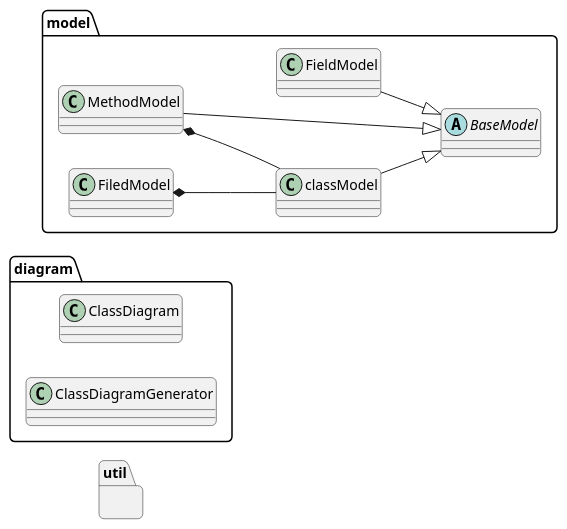
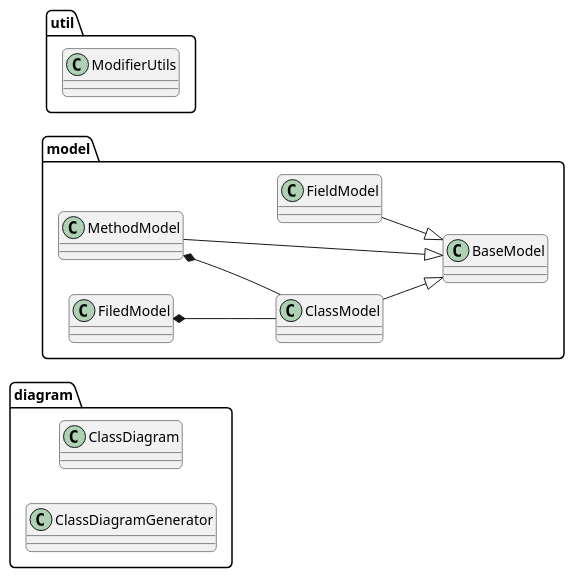
One commit to anApalpitate/SoftwareDesign changed the diagram in docs/类设计.plantUML. Above: the diagram before and after it, drawn with PlantUML. The commit also changed 14 other files, not shown here.

```diff
--- a/docs/类设计.plantUML
+++ b/docs/类设计.plantUML
@@ -1,28 +1,29 @@
 @startuml 类设计
 skinparam roundCorner 10
 left to right direction
 
 package diagram{  
     class ClassDiagram{}
     class ClassDiagramGenerator{}
 }
 
 package model{ /'数据模型包:存储读入的数据'/
     /'感觉可以塞一个简单工厂在这里'/
-    abstract class BaseModel{}
-    class classModel{}  /'类模型'/
+    class BaseModel{} 
+    class ClassModel{}  /'类模型'/
     class FieldModel{}  /'类属性模型'/
     class MethodModel{}  /'类方法模型'/
 
-    classModel --|> BaseModel
+    ClassModel --|> BaseModel
     FieldModel --|> BaseModel
     MethodModel --|> BaseModel
 
-    FiledModel *-- classModel
-    MethodModel *-- classModel
+    FiledModel *-- ClassModel
+    MethodModel *-- ClassModel
 }
 package util{ /'工具包：一些工具类与方法'/
     /'具体遇到具体写'/
+    class ModifierUtils
 }
 
 @enduml
```
